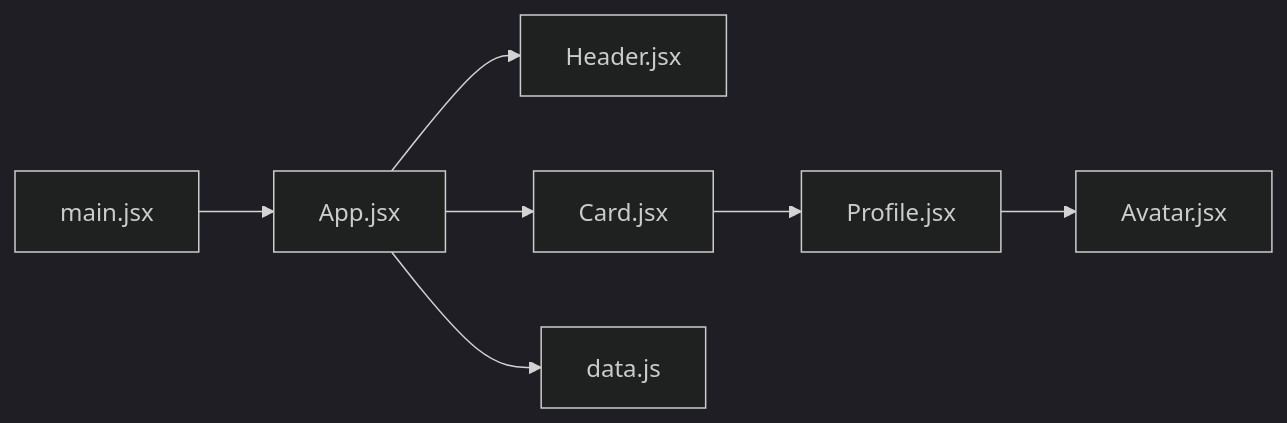
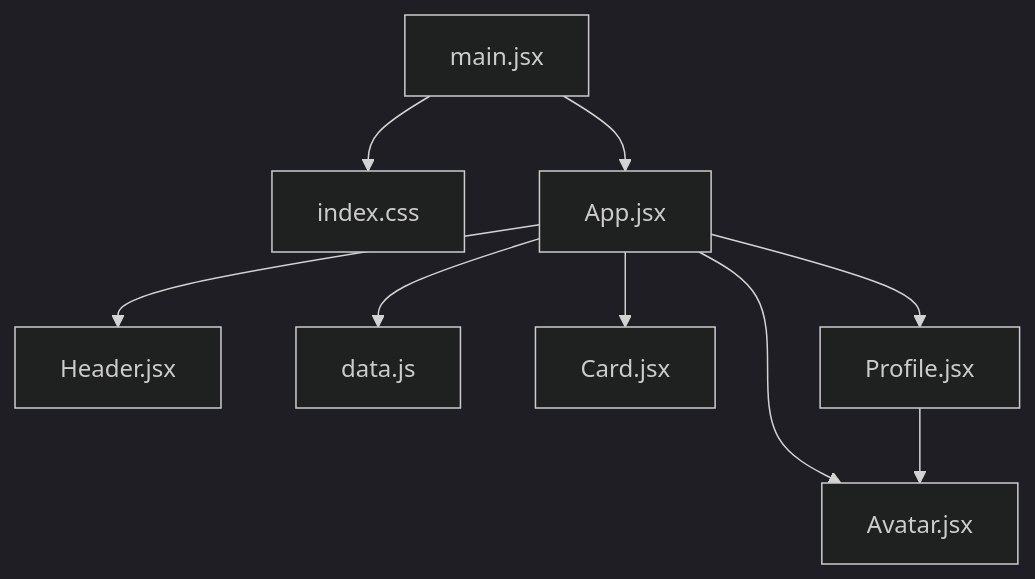
Before and after one commit to Anarenaa/react-labs: the second of 2 diagrams in lab-2/README.md, drawn with Mermaid (dark theme). The commit also changed other lines of this file, not shown here.

````diff
--- a/lab-2/README.md
+++ b/lab-2/README.md
@@ -62,10 +64,13 @@
 ```mermaid
-graph LR;
+graph TD;
+    main.jsx --> index.css;
     main.jsx --> App.jsx;
+
     App.jsx --> Header.jsx;
+    App.jsx --> data.js;
     App.jsx --> Card.jsx;
-    Card.jsx --> Profile.jsx;
+    App.jsx --> Profile.jsx;
+    App.jsx --> Avatar.jsx;
+
     Profile.jsx --> Avatar.jsx;
-
-    App.jsx --> data.js;
 ```
````
